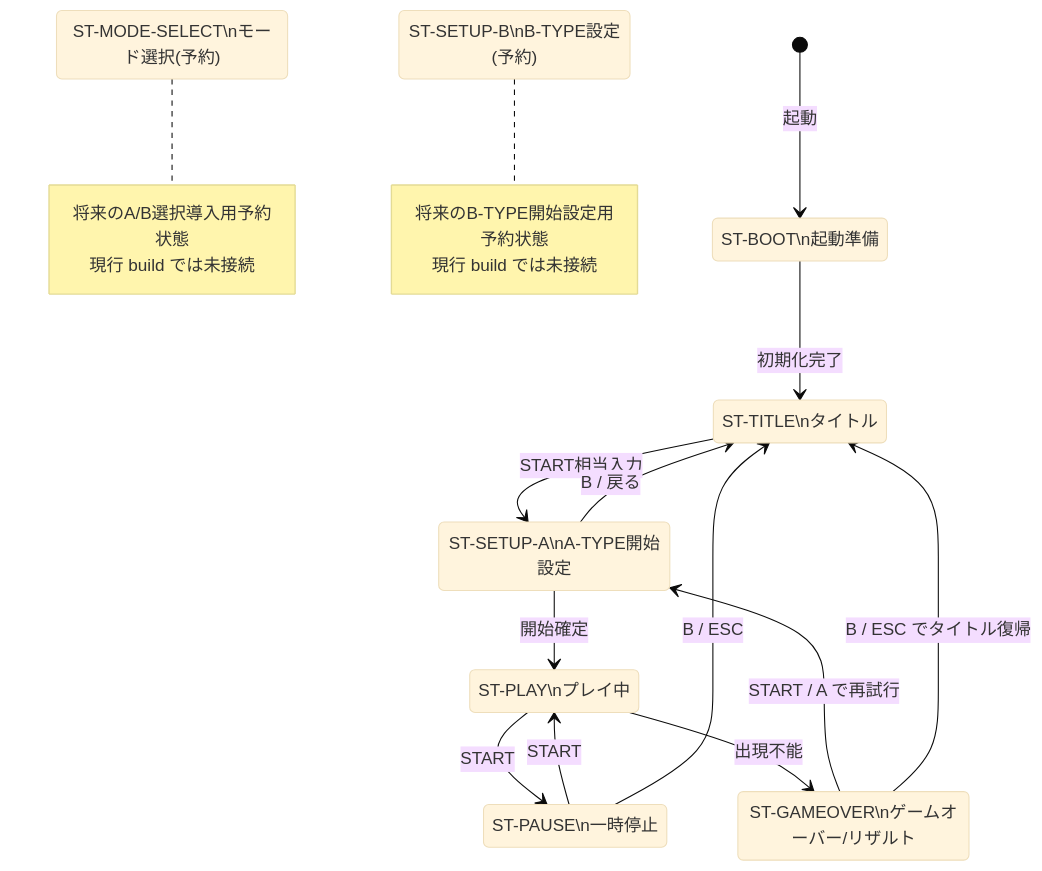
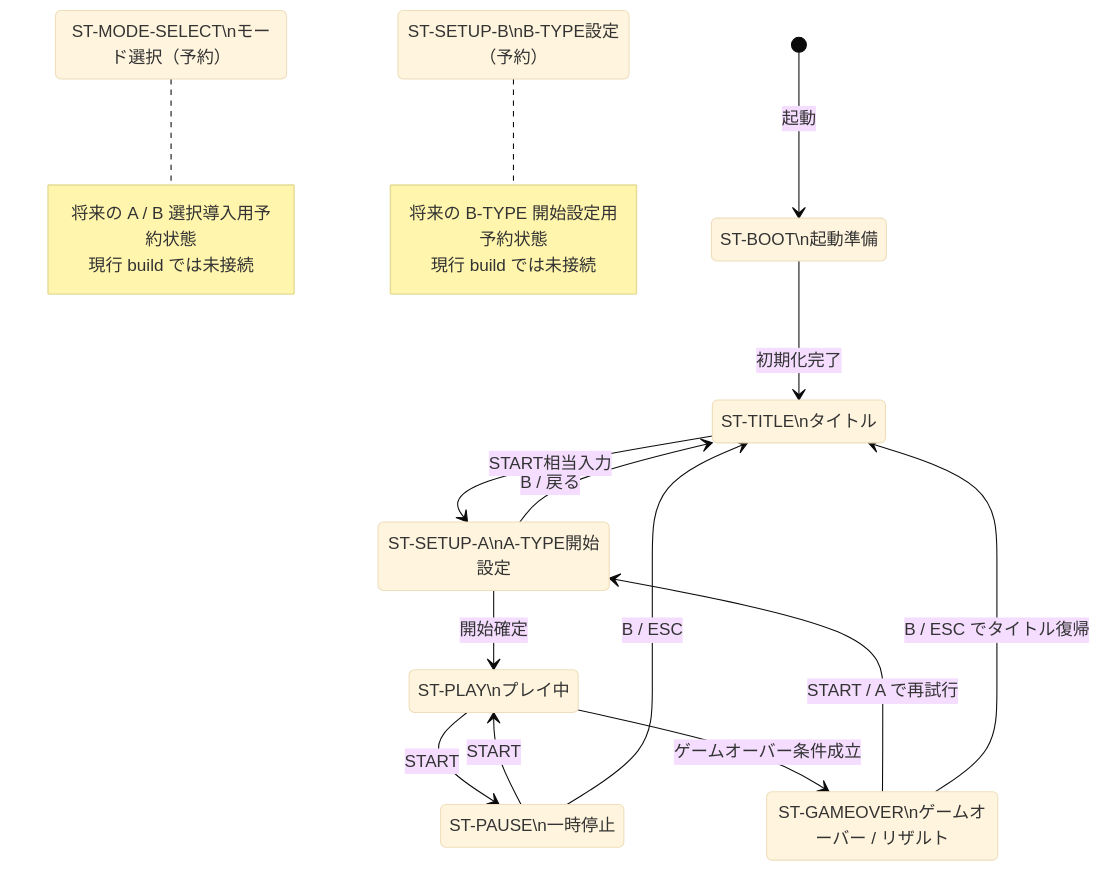
Before and after one commit to Akihiko-Fuji/DocDD: the first of 2 diagrams in Block_Puzzle_DocDD/docs/03_internal_design/38_runtime_state_transition_mermaid.md, drawn with Mermaid (base theme). The commit also changed other lines of this file, not shown here.

````diff
--- a/Block_Puzzle_DocDD/docs/03_internal_design/38_runtime_state_transition_mermaid.md
+++ b/Block_Puzzle_DocDD/docs/03_internal_design/38_runtime_state_transition_mermaid.md
@@ -21,32 +70,38 @@
 ```mermaid
 stateDiagram-v2
     [*] --> ST_BOOT : 起動
+
     ST_BOOT : ST-BOOT\n起動準備
     ST_TITLE : ST-TITLE\nタイトル
     ST_SETUP_A : ST-SETUP-A\nA-TYPE開始設定
     ST_PLAY : ST-PLAY\nプレイ中
     ST_PAUSE : ST-PAUSE\n一時停止
-    ST_GAMEOVER : ST-GAMEOVER\nゲームオーバー/リザルト
-    ST_MODE_SELECT : ST-MODE-SELECT\nモード選択(予約)
-    ST_SETUP_B : ST-SETUP-B\nB-TYPE設定(予約)
+    ST_GAMEOVER : ST-GAMEOVER\nゲームオーバー / リザルト
+    ST_MODE_SELECT : ST-MODE-SELECT\nモード選択（予約）
+    ST_SETUP_B : ST-SETUP-B\nB-TYPE設定（予約）
 
     ST_BOOT --> ST_TITLE : 初期化完了
     ST_TITLE --> ST_SETUP_A : START相当入力
+
     ST_SETUP_A --> ST_PLAY : 開始確定
     ST_SETUP_A --> ST_TITLE : B / 戻る
+
     ST_PLAY --> ST_PAUSE : START
     ST_PAUSE --> ST_PLAY : START
     ST_PAUSE --> ST_TITLE : B / ESC
-    ST_PLAY --> ST_GAMEOVER : 出現不能
+
+    ST_PLAY --> ST_GAMEOVER : ゲームオーバー条件成立
+
     ST_GAMEOVER --> ST_SETUP_A : START / A で再試行
     ST_GAMEOVER --> ST_TITLE : B / ESC でタイトル復帰
 
     note right of ST_MODE_SELECT
-        将来のA/B選択導入用予約状態
+        将来の A / B 選択導入用予約状態
         現行 build では未接続
     end note
+
     note right of ST_SETUP_B
-        将来のB-TYPE開始設定用予約状態
+        将来の B-TYPE 開始設定用予約状態
         現行 build では未接続
     end note
 ```
````
